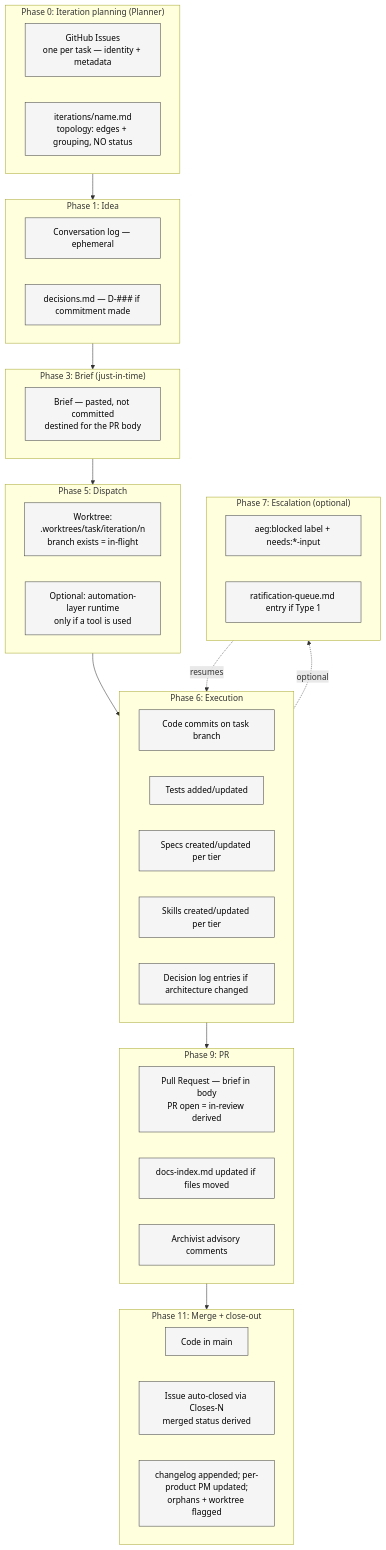
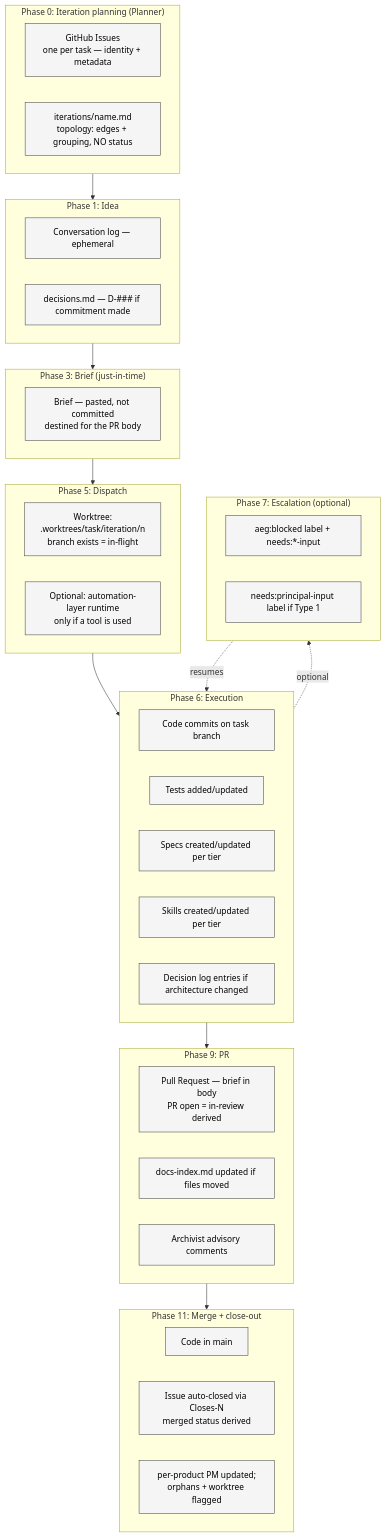
Before and after one commit to atta-labs/attalabs: the third of 6 diagrams in aeg-root/diagrams/process-flow.md, drawn with Mermaid. The commit also changed other lines of this file and 46 other files, not shown here.

First line of the commit message:
Docs(aeg): Delete changelog + ratification-queue, fix references

````diff
--- a/aeg-root/diagrams/process-flow.md
+++ b/aeg-root/diagrams/process-flow.md
@@ -188,58 +188,58 @@
 ```mermaid
 flowchart TD
     subgraph Phase0["Phase 0: Iteration planning (Planner)"]
         IssueSet[GitHub Issues<br/>one per task — identity + metadata]
         ThinFile[iterations/name.md<br/>topology: edges + grouping, NO status]
     end
 
     subgraph Phase1["Phase 1: Idea"]
         Conv1[Conversation log — ephemeral]
         Dec1[decisions.md — D-### if commitment made]
     end
 
     subgraph Phase3["Phase 3: Brief (just-in-time)"]
         Brief[Brief — pasted, not committed<br/>destined for the PR body]
     end
 
     subgraph Phase5["Phase 5: Dispatch"]
         Worktree[Worktree:<br/>.worktrees/task/iteration/n<br/>branch exists = in-flight]
         ToolRuntime[Optional: automation-layer runtime<br/>only if a tool is used]
     end
 
     subgraph Phase6["Phase 6: Execution"]
         Code[Code commits on task branch]
         Tests[Tests added/updated]
         Specs[Specs created/updated per tier]
         Skills[Skills created/updated per tier]
         DecLog[Decision log entries if architecture changed]
     end
 
     subgraph Phase7["Phase 7: Escalation (optional)"]
         BlockedLabel[aeg:blocked label + needs:*-input]
-        QueueEntry[ratification-queue.md entry if Type 1]
+        QueueEntry[needs:principal-input label if Type 1]
     end
 
     subgraph Phase9["Phase 9: PR"]
         PR[Pull Request — brief in body<br/>PR open = in-review derived]
         DocsIndex[docs-index.md updated if files moved]
         AdvisoryComment[Archivist advisory comments]
     end
 
     subgraph Phase11["Phase 11: Merge + close-out"]
         Main[Code in main]
         Closed[Issue auto-closed via Closes-N<br/>merged status derived]
-        CloseOut[changelog appended; per-product PM updated;<br/>orphans + worktree flagged]
+        CloseOut[per-product PM updated;<br/>orphans + worktree flagged]
     end
 
     Phase0 --> Phase1
     Phase1 --> Phase3
     Phase3 --> Phase5
     Phase5 --> Phase6
     Phase6 -.optional.-> Phase7
     Phase7 -.resumes.-> Phase6
     Phase6 --> Phase9
     Phase9 --> Phase11
 
     classDef phaseBox fill:#f5f5f5,stroke:#424242,color:#000
     class IssueSet,ThinFile,Conv1,Dec1,Brief,Worktree,ToolRuntime,Code,Tests,Specs,Skills,DecLog,BlockedLabel,QueueEntry,PR,DocsIndex,AdvisoryComment,Main,Closed,CloseOut phaseBox
 ```
````
